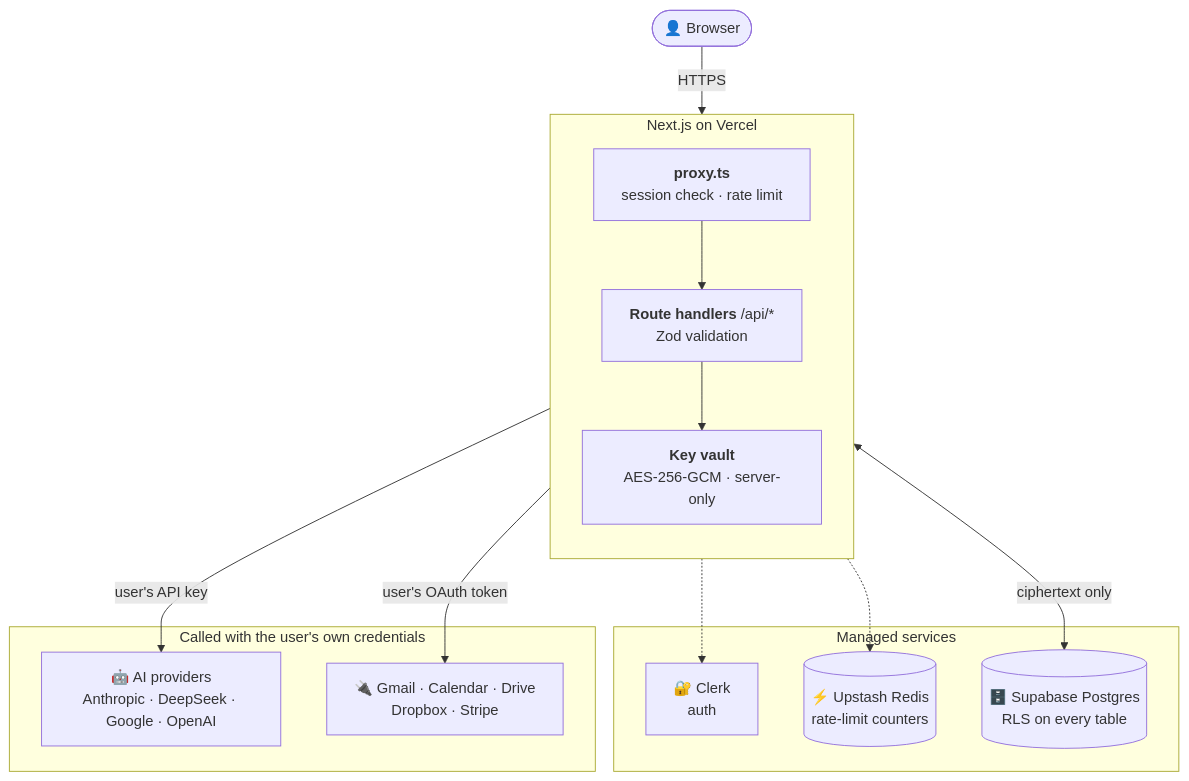
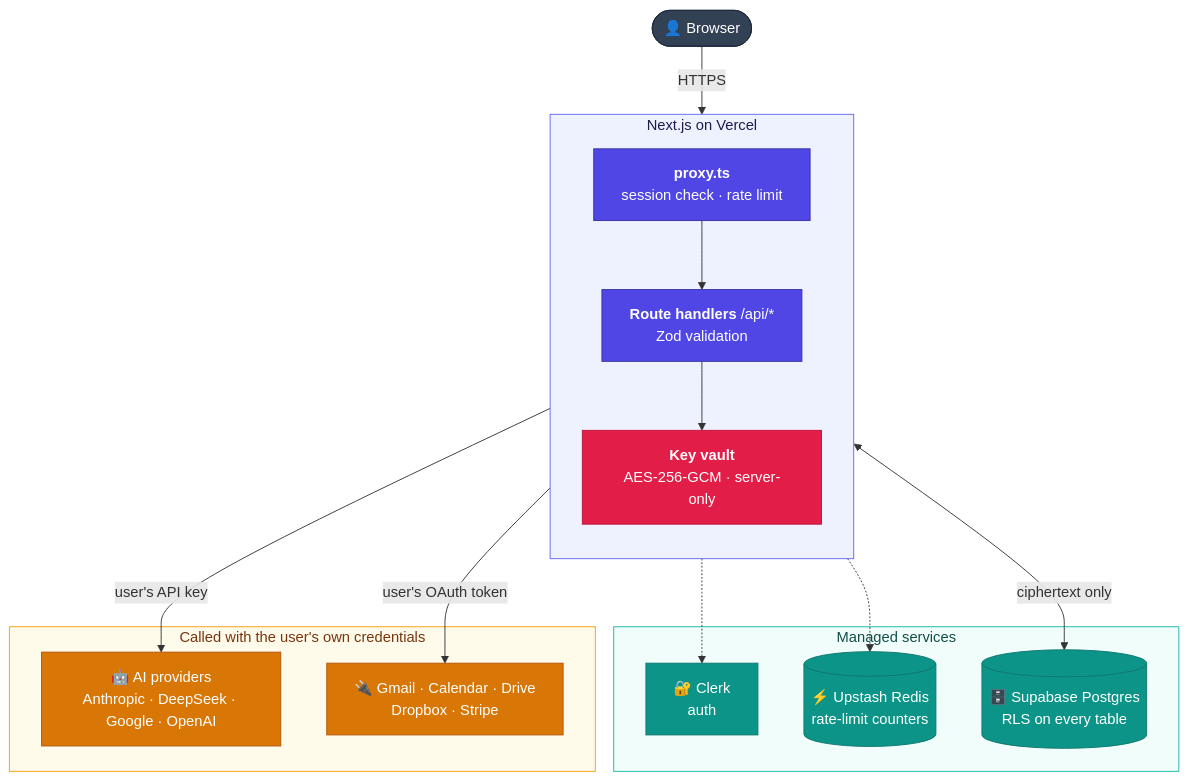
The third of 5 diagrams in README.md (sowaxer/quivo-app), drawn with Mermaid before and after one commit. The commit also changed other lines of this file, not shown here.

First line of the commit message:
README: color-coded diagrams, phased request flow, quick navigation

````diff
--- a/README.md
+++ b/README.md
@@ -112,30 +123,43 @@
 ```mermaid
 flowchart TB
     User(["👤 Browser"])
 
     subgraph Edge["Next.js on Vercel"]
         direction TB
         Proxy["<b>proxy.ts</b><br/>session check · rate limit"]
         API["<b>Route handlers</b> /api/*<br/>Zod validation"]
         Vault["<b>Key vault</b><br/>AES-256-GCM · server-only"]
         Proxy --> API --> Vault
     end
 
     subgraph Services["Managed services"]
         Clerk["🔐 Clerk<br/>auth"]
         Redis[("⚡ Upstash Redis<br/>rate-limit counters")]
         DB[("🗄️ Supabase Postgres<br/>RLS on every table")]
     end
 
     subgraph External["Called with the user's own credentials"]
         AI["🤖 AI providers<br/>Anthropic · DeepSeek · Google · OpenAI"]
         Apps["🔌 Gmail · Calendar · Drive<br/>Dropbox · Stripe"]
     end
 
     User -->|HTTPS| Proxy
     Proxy -.-> Clerk
     Proxy -.-> Redis
     Vault <-->|ciphertext only| DB
     API -->|user's API key| AI
     API -->|user's OAuth token| Apps
+    classDef indigo fill:#4F46E5,stroke:#3730A3,color:#fff
+    classDef teal fill:#0D9488,stroke:#0F766E,color:#fff
+    classDef amber fill:#D97706,stroke:#B45309,color:#fff
+    classDef rose fill:#E11D48,stroke:#BE123C,color:#fff
+    classDef slate fill:#334155,stroke:#1E293B,color:#fff
+    class User slate
+    class Proxy,API indigo
+    class Vault rose
+    class Clerk,Redis,DB teal
+    class AI,Apps amber
+    style Edge fill:#EEF2FF,stroke:#6366F1,color:#1E1B4B
+    style Services fill:#F0FDFA,stroke:#14B8A6,color:#134E4A
+    style External fill:#FFFBEB,stroke:#F59E0B,color:#78350F
 ```
````
